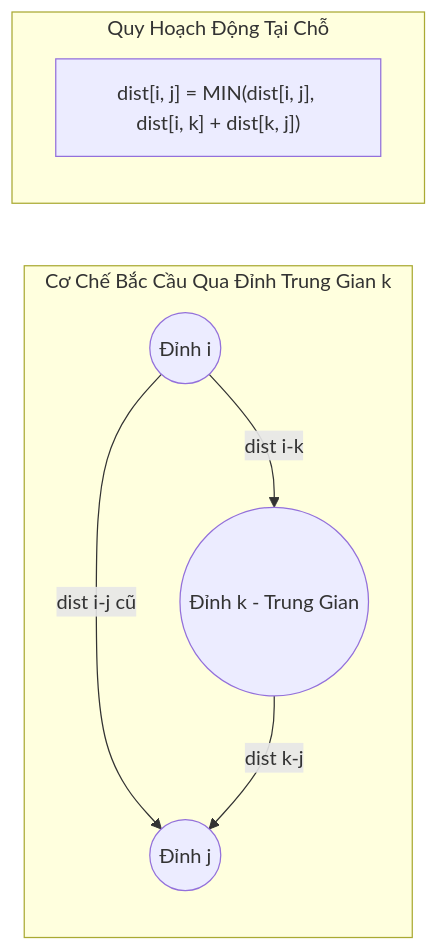
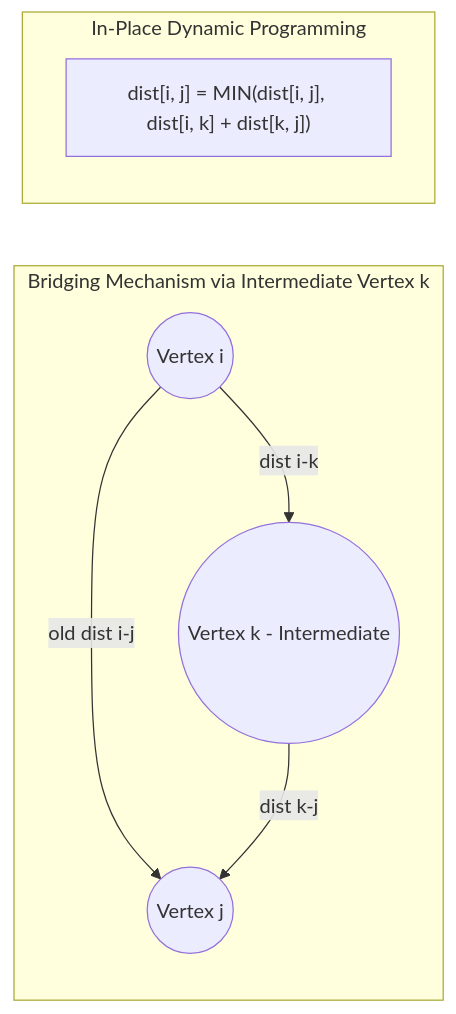
The diagram in src/data/blog/en/39-2026-06-11-floyd-warshall-all-pairs-shortest-path-matrix-dp-cpp.md (ga2631/ga2631.github.io), drawn with Mermaid before and after one commit. The commit also changed other lines of this file and 74 other files, not shown here.

````diff
--- a/src/data/blog/en/39-2026-06-11-floyd-warshall-all-pairs-shortest-path-matrix-dp-cpp.md
+++ b/src/data/blog/en/39-2026-06-11-floyd-warshall-all-pairs-shortest-path-matrix-dp-cpp.md
@@ -60,12 +60,12 @@
 ```mermaid
 graph LR
-    subgraph IntermediateBridge [Cơ Chế Bắc Cầu Qua Đỉnh Trung Gian k]
-        I((Đỉnh i)) -->|"dist i-j cũ"| J((Đỉnh j))
-        I -->|"dist i-k"| K((Đỉnh k - Trung Gian))
+    subgraph IntermediateBridge [Bridging Mechanism via Intermediate Vertex k]
+        I((Vertex i)) -->|"old dist i-j"| J((Vertex j))
+        I -->|"dist i-k"| K((Vertex k - Intermediate))
         K -->|"dist k-j"| J
     end
 
-    subgraph MatrixUpdate [Quy Hoạch Động Tại Chỗ]
+    subgraph MatrixUpdate [In-Place Dynamic Programming]
         Formula["dist[i, j] = MIN(dist[i, j], dist[i, k] + dist[k, j])"]
     end
 ```
````
